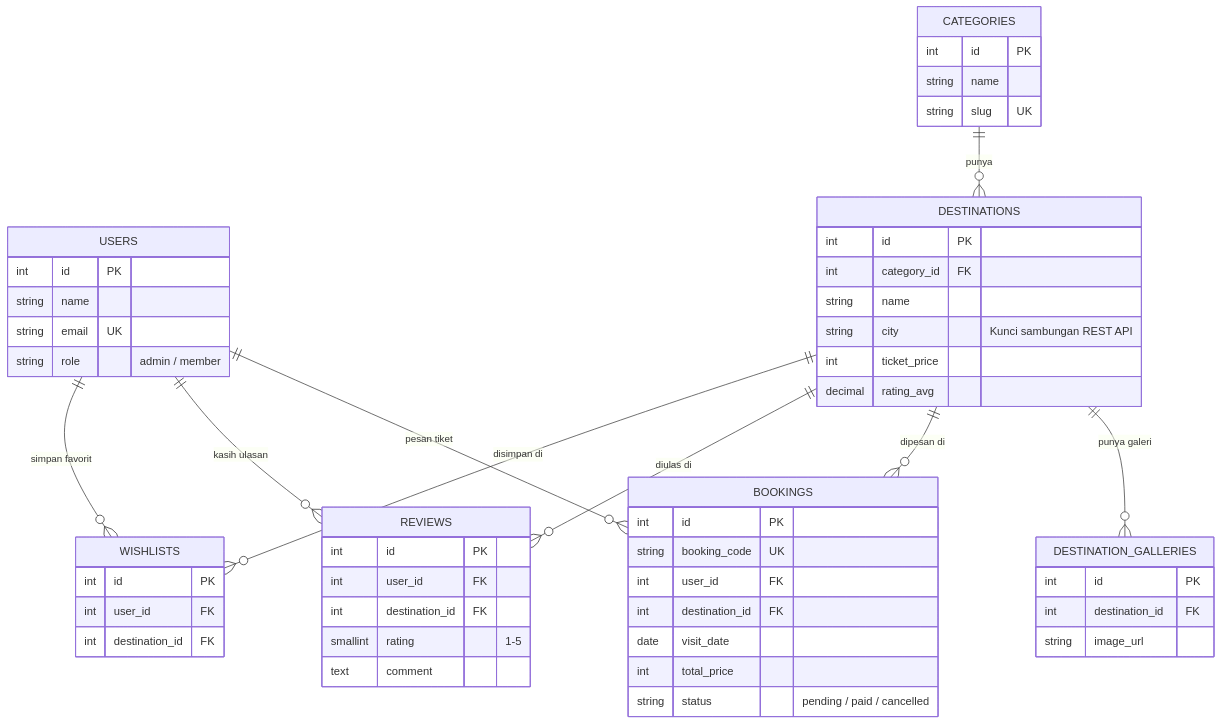
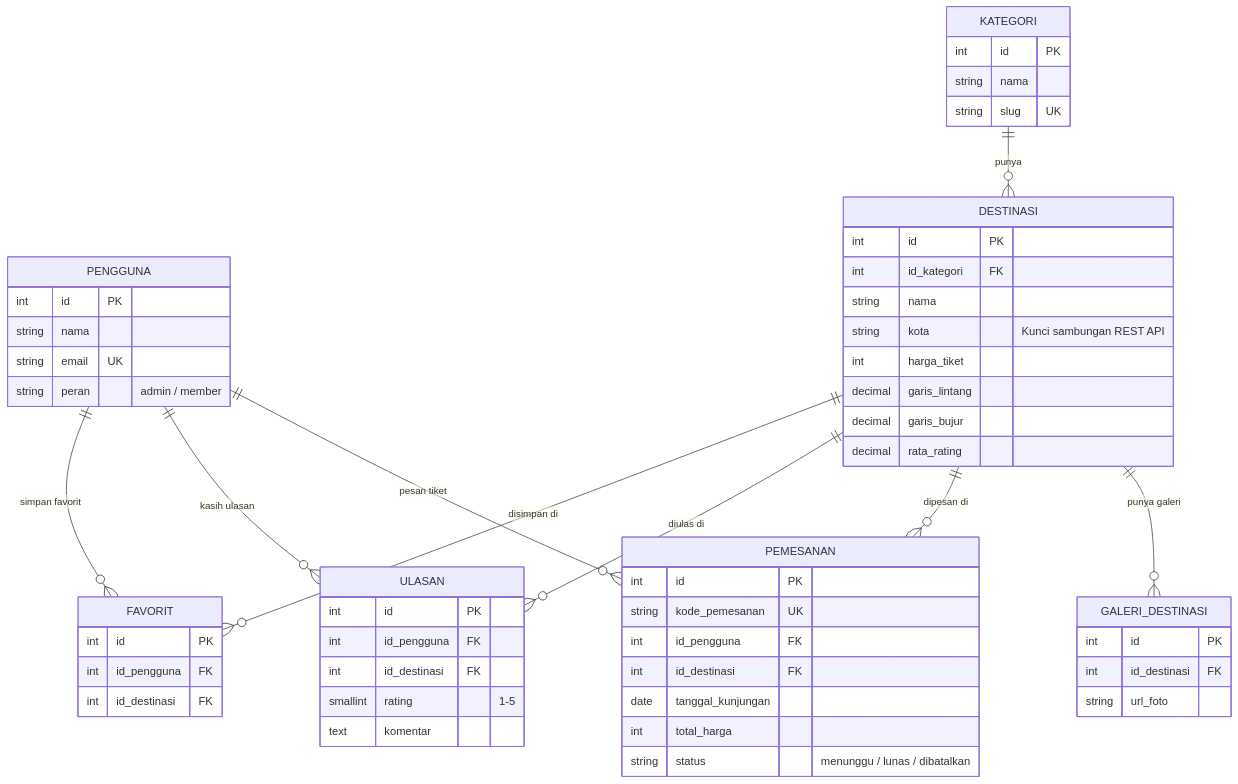
One commit to brian-silaban/tugas_akhir_client_server changed the diagram in README.md. Above: the diagram before and after it, drawn with Mermaid. The commit also changed other lines of this file and 27 other files, not shown here.

````diff
--- a/README.md
+++ b/README.md
@@ -90,57 +73,59 @@
 ```mermaid
 erDiagram
-    USERS ||--o{ BOOKINGS : "pesan tiket"
-    USERS ||--o{ REVIEWS : "kasih ulasan"
-    USERS ||--o{ WISHLISTS : "simpan favorit"
-    CATEGORIES ||--o{ DESTINATIONS : "punya"
-    DESTINATIONS ||--o{ DESTINATION_GALLERIES : "punya galeri"
-    DESTINATIONS ||--o{ BOOKINGS : "dipesan di"
-    DESTINATIONS ||--o{ REVIEWS : "diulas di"
-    DESTINATIONS ||--o{ WISHLISTS : "disimpan di"
+    PENGGUNA ||--o{ PEMESANAN : "pesan tiket"
+    PENGGUNA ||--o{ ULASAN : "kasih ulasan"
+    PENGGUNA ||--o{ FAVORIT : "simpan favorit"
+    KATEGORI ||--o{ DESTINASI : "punya"
+    DESTINASI ||--o{ GALERI_DESTINASI : "punya galeri"
+    DESTINASI ||--o{ PEMESANAN : "dipesan di"
+    DESTINASI ||--o{ ULASAN : "diulas di"
+    DESTINASI ||--o{ FAVORIT : "disimpan di"
 
-    USERS {
+    PENGGUNA {
         int id PK
-        string name
+        string nama
         string email UK
-        string role "admin / member"
+        string peran "admin / member"
     }
-    CATEGORIES {
+    KATEGORI {
         int id PK
-        string name
+        string nama
         string slug UK
     }
-    DESTINATIONS {
+    DESTINASI {
         int id PK
-        int category_id FK
-        string name
-        string city "Kunci sambungan REST API"
-        int ticket_price
-        decimal rating_avg
+        int id_kategori FK
+        string nama
+        string kota "Kunci sambungan REST API"
+        int harga_tiket
+        decimal garis_lintang
+        decimal garis_bujur
+        decimal rata_rating
     }
-    DESTINATION_GALLERIES {
+    GALERI_DESTINASI {
         int id PK
-        int destination_id FK
-        string image_url
+        int id_destinasi FK
+        string url_foto
     }
-    BOOKINGS {
+    PEMESANAN {
         int id PK
-        string booking_code UK
-        int user_id FK
-        int destination_id FK
-        date visit_date
-        int total_price
-        string status "pending / paid / cancelled"
+        string kode_pemesanan UK
+        int id_pengguna FK
+        int id_destinasi FK
+        date tanggal_kunjungan
+        int total_harga
+        string status "menunggu / lunas / dibatalkan"
     }
-    REVIEWS {
+    ULASAN {
         int id PK
-        int user_id FK
-        int destination_id FK
+        int id_pengguna FK
+        int id_destinasi FK
         smallint rating "1-5"
-        text comment
+        text komentar
     }
-    WISHLISTS {
+    FAVORIT {
         int id PK
-        int user_id FK
-        int destination_id FK
+        int id_pengguna FK
+        int id_destinasi FK
     }
 ```
````
